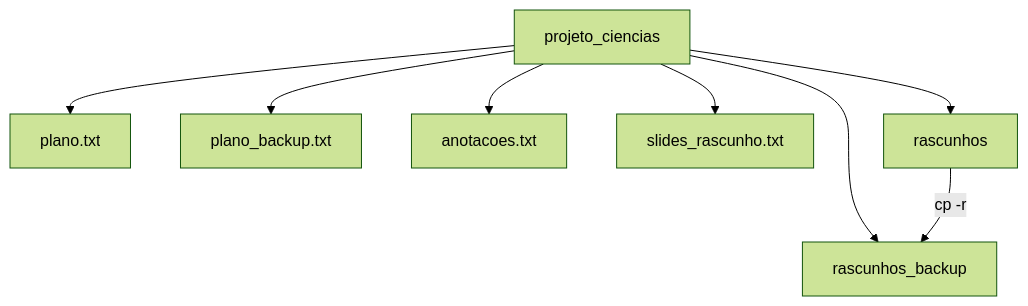
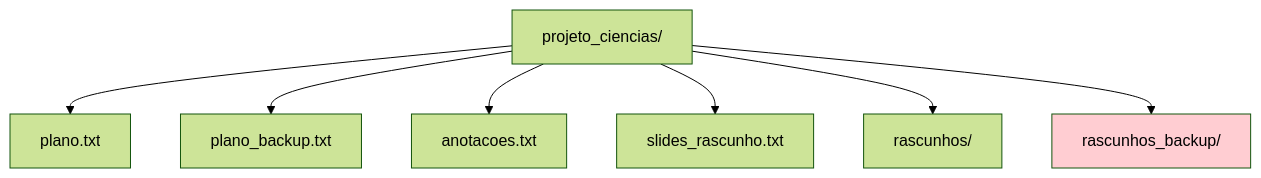
One commit to charlesfsantos/roteiros-linux changed the fourth of 8 diagrams in 2-diretorios-gerenciamento.md. Above: the diagram before and after it, drawn with Mermaid (forest theme). The commit also changed other lines of this file, not shown here.

````diff
--- a/2-diretorios-gerenciamento.md
+++ b/2-diretorios-gerenciamento.md
@@ -137,10 +136,13 @@
 ```mermaid
 graph TD
-    A[projeto_ciencias] --> B[plano.txt]
+    A[projeto_ciencias/] --> B[plano.txt]
     A --> C[plano_backup.txt]
     A --> D[anotacoes.txt]
     A --> E[slides_rascunho.txt]
-    A --> F[rascunhos]
-    A --> G[rascunhos_backup]
-    F -->|cp -r| G
+    A --> F[rascunhos/]
+    A --> G[rascunhos_backup/]
+
+    style G fill:#FFCDD2
+    style G color:#000000
+
 ```
````
